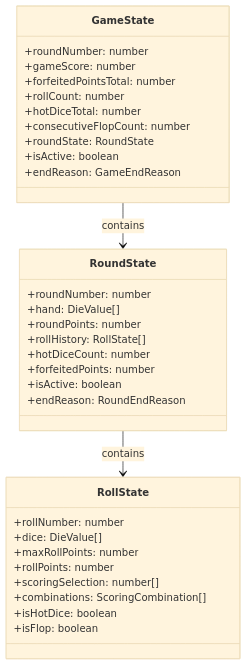
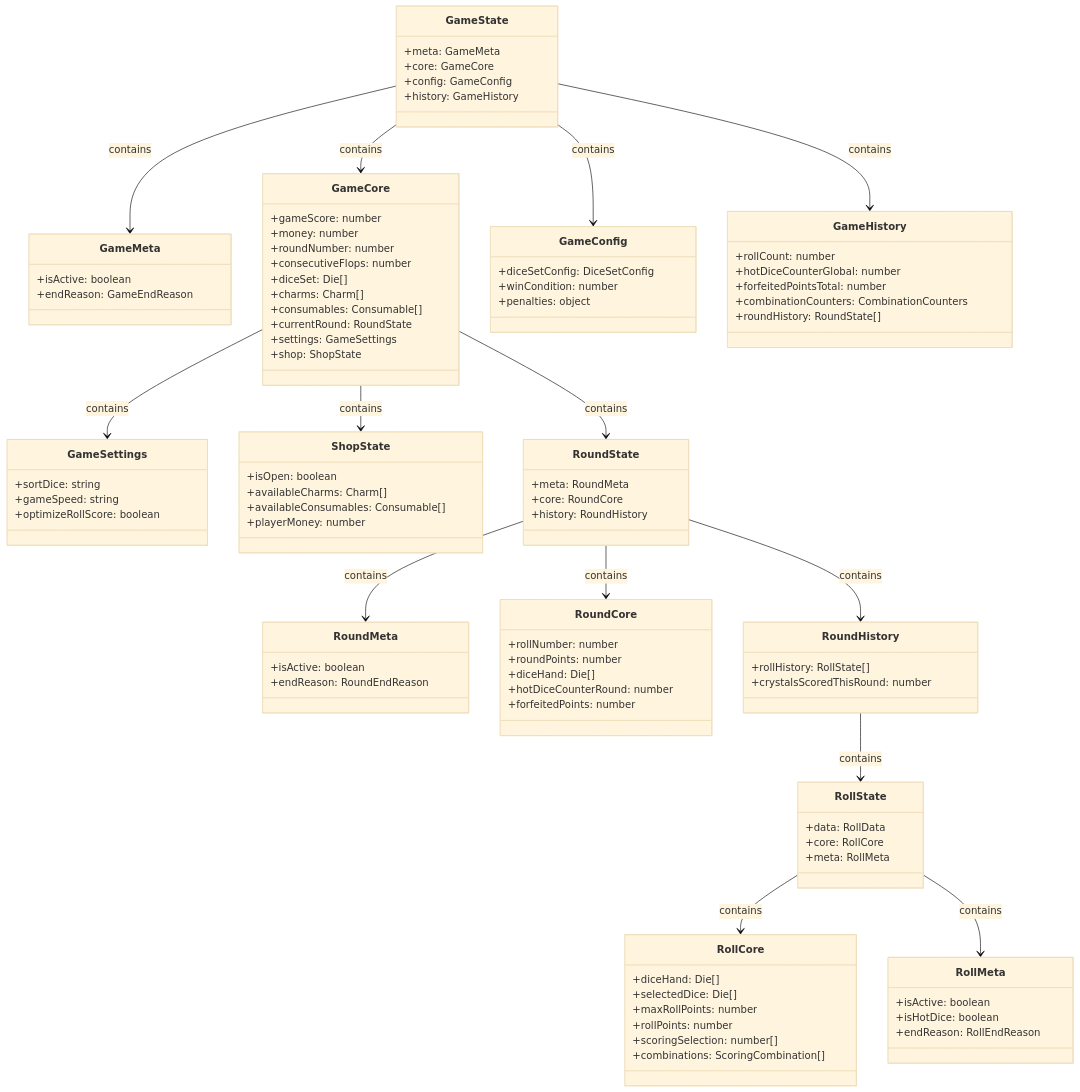
The first of 13 diagrams in docs/architecture/architecture-diagrams.md (bbeaudet-dev/farkle), drawn with Mermaid (base theme) before and after one commit. The commit also changed other lines of this file and 50 other files, not shown here.

````diff
--- a/docs/architecture/architecture-diagrams.md
+++ b/docs/architecture/architecture-diagrams.md
@@ -7,39 +7,113 @@
 ```mermaid
 classDiagram
     class GameState {
-        +roundNumber: number
-        +gameScore: number
-        +forfeitedPointsTotal: number
-        +rollCount: number
-        +hotDiceTotal: number
-        +consecutiveFlopCount: number
-        +roundState: RoundState
+        +meta: GameMeta
+        +core: GameCore
+        +config: GameConfig
+        +history: GameHistory
+    }
+
+    class GameMeta {
         +isActive: boolean
         +endReason: GameEndReason
     }
 
+    class GameCore {
+        +gameScore: number
+        +money: number
+        +roundNumber: number
+        +consecutiveFlops: number
+        +diceSet: Die[]
+        +charms: Charm[]
+        +consumables: Consumable[]
+        +currentRound: RoundState
+        +settings: GameSettings
+        +shop: ShopState
+    }
+
+    class GameSettings {
+        +sortDice: string
+        +gameSpeed: string
+        +optimizeRollScore: boolean
+    }
+
+    class GameConfig {
+        +diceSetConfig: DiceSetConfig
+        +winCondition: number
+        +penalties: object
+    }
+
+    class ShopState {
+        +isOpen: boolean
+        +availableCharms: Charm[]
+        +availableConsumables: Consumable[]
+        +playerMoney: number
+    }
+
+    class GameHistory {
+        +rollCount: number
+        +hotDiceCounterGlobal: number
+        +forfeitedPointsTotal: number
+        +combinationCounters: CombinationCounters
+        +roundHistory: RoundState[]
+    }
+
     class RoundState {
-        +roundNumber: number
-        +hand: DieValue[]
-        +roundPoints: number
-        +rollHistory: RollState[]
-        +hotDiceCount: number
-        +forfeitedPoints: number
+        +meta: RoundMeta
+        +core: RoundCore
+        +history: RoundHistory
+    }
+
+    class RoundMeta {
         +isActive: boolean
         +endReason: RoundEndReason
     }
 
+    class RoundCore {
+        +rollNumber: number
+        +roundPoints: number
+        +diceHand: Die[]
+        +hotDiceCounterRound: number
+        +forfeitedPoints: number
+    }
+
+    class RoundHistory {
+        +rollHistory: RollState[]
+        +crystalsScoredThisRound: number
+    }
+
     class RollState {
-        +rollNumber: number
-        +dice: DieValue[]
+        +data: RollData
+        +core: RollCore
+        +meta: RollMeta
+    }
+
+    class RollCore {
+        +diceHand: Die[]
+        +selectedDice: Die[]
         +maxRollPoints: number
         +rollPoints: number
         +scoringSelection: number[]
         +combinations: ScoringCombination[]
-        +isHotDice: boolean
-        +isFlop: boolean
     }
 
-    GameState --> RoundState : contains
-    RoundState --> RollState : contains
+    class RollMeta {
+        +isActive: boolean
+        +isHotDice: boolean
+        +endReason: RollEndReason
+    }
+
+    GameState --> GameMeta : contains
+    GameState --> GameCore : contains
+    GameState --> GameConfig : contains
+    GameState --> GameHistory : contains
+    GameCore --> GameSettings : contains
+    GameCore --> ShopState : contains
+    GameCore --> RoundState : contains
+    RoundState --> RoundMeta : contains
+    RoundState --> RoundCore : contains
+    RoundState --> RoundHistory : contains
+    RoundHistory --> RollState : contains
+    RollState --> RollCore : contains
+    RollState --> RollMeta : contains
 ```
````
